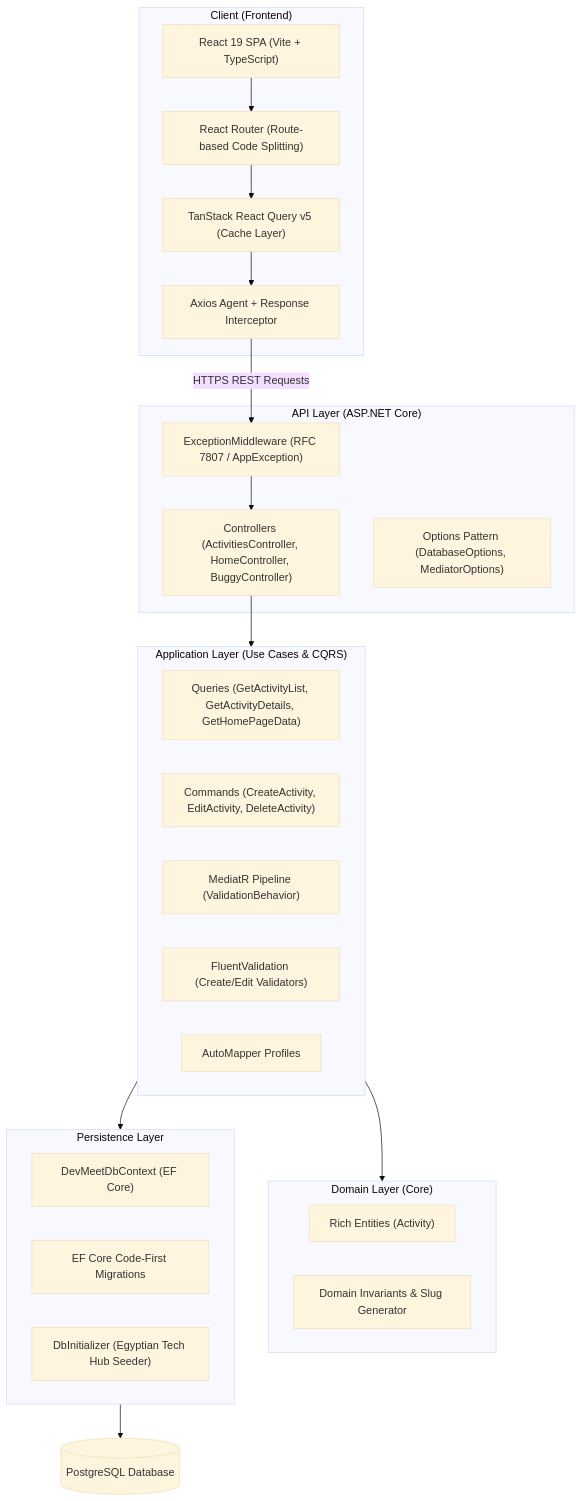
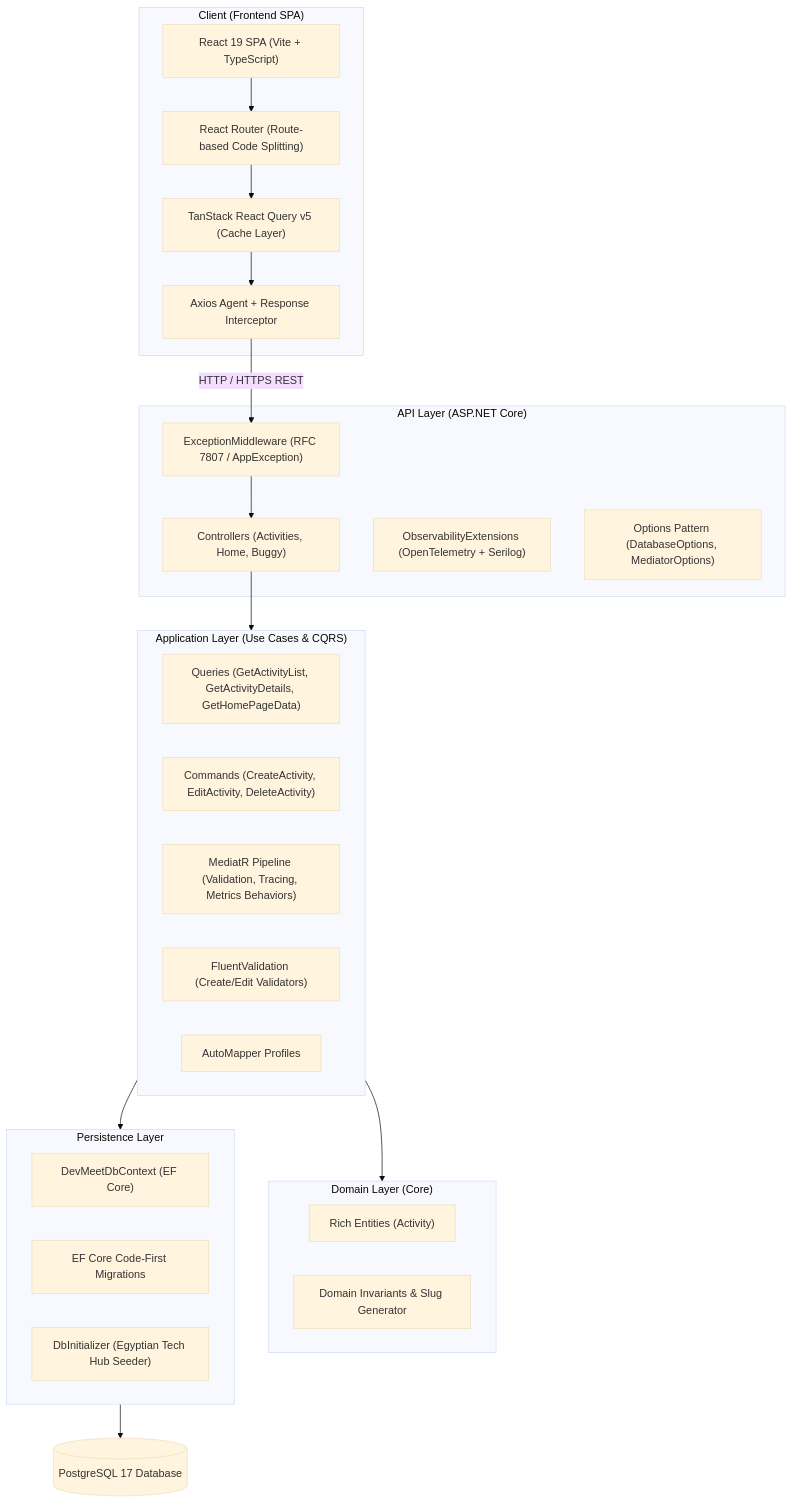
The first of 4 diagrams in README.md (ahmed-Basal/Event-Hub), drawn with Mermaid (base theme) before and after one commit. The commit also changed other lines of this file, not shown here.

Commit message:
docs: enhance README with enterprise observability, Docker Compose, and troubleshooting guide

````diff
--- a/README.md
+++ b/README.md
@@ -64,44 +80,45 @@
 ```mermaid
 graph TD
-    subgraph UI ["Client (Frontend)"]
+    subgraph UI ["Client (Frontend SPA)"]
         React["React 19 SPA (Vite + TypeScript)"]
         Router["React Router (Route-based Code Splitting)"]
         TanStack["TanStack React Query v5 (Cache Layer)"]
         Axios["Axios Agent + Response Interceptor"]
         React --> Router --> TanStack --> Axios
     end
 
     subgraph API_Layer ["API Layer (ASP.NET Core)"]
-        Controllers["Controllers (ActivitiesController, HomeController, BuggyController)"]
+        Controllers["Controllers (Activities, Home, Buggy)"]
         Middleware["ExceptionMiddleware (RFC 7807 / AppException)"]
+        Observability["ObservabilityExtensions (OpenTelemetry + Serilog)"]
         OptionsPattern["Options Pattern (DatabaseOptions, MediatorOptions)"]
     end
 
     subgraph App_Layer ["Application Layer (Use Cases & CQRS)"]
         Queries["Queries (GetActivityList, GetActivityDetails, GetHomePageData)"]
         Commands["Commands (CreateActivity, EditActivity, DeleteActivity)"]
-        Pipeline["MediatR Pipeline (ValidationBehavior)"]
+        Pipeline["MediatR Pipeline (Validation, Tracing, Metrics Behaviors)"]
         Validators["FluentValidation (Create/Edit Validators)"]
         AutoMapper["AutoMapper Profiles"]
     end
 
     subgraph Domain_Layer ["Domain Layer (Core)"]
         Entities["Rich Entities (Activity)"]
         Invariants["Domain Invariants & Slug Generator"]
     end
 
     subgraph Persist_Layer ["Persistence Layer"]
         DbContext["DevMeetDbContext (EF Core)"]
         Migrations["EF Core Code-First Migrations"]
         DbInit["DbInitializer (Egyptian Tech Hub Seeder)"]
     end
 
-    Database[("PostgreSQL Database")]
+    Database[("PostgreSQL 17 Database")]
 
-    Axios -->|"HTTPS REST Requests"| Middleware
+    Axios -->|"HTTP / HTTPS REST"| Middleware
     Middleware --> Controllers
     Controllers --> App_Layer
     App_Layer --> Domain_Layer
     App_Layer --> Persist_Layer
     Persist_Layer --> Database
 ```
````
